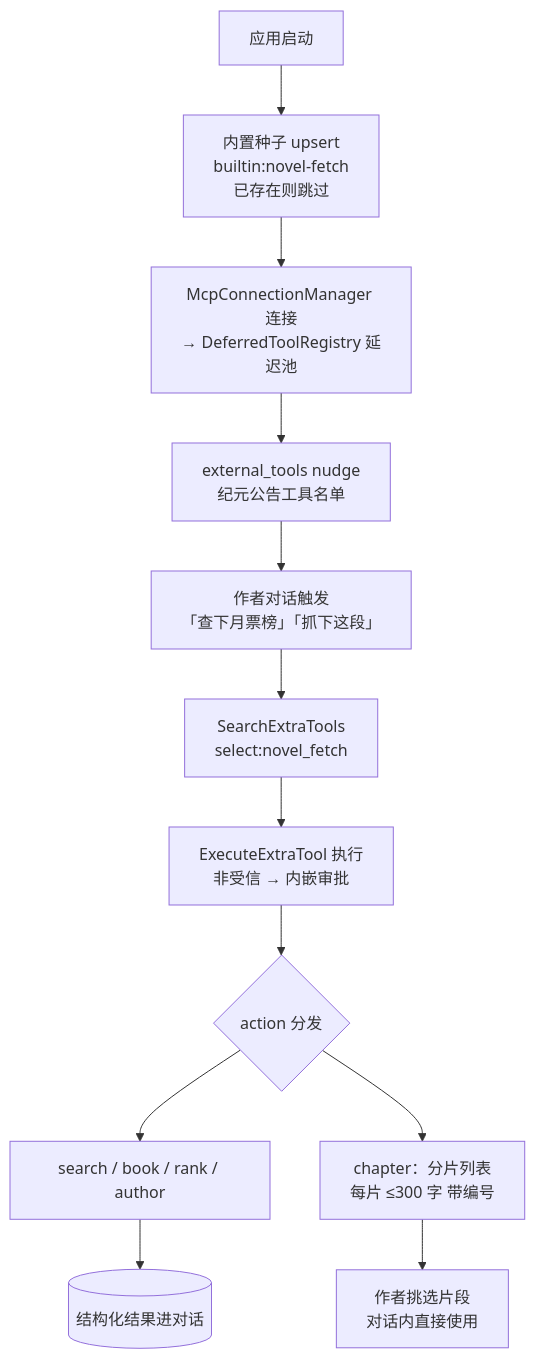
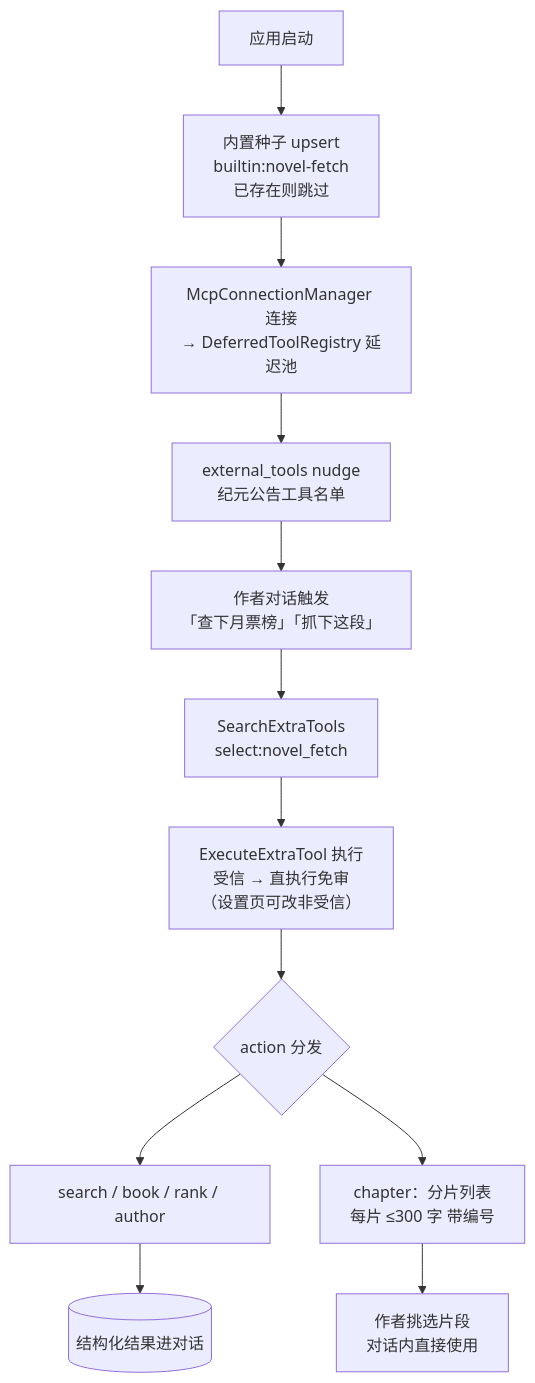
Before and after one commit to fanghuarunbalala/nova-writing: the diagram in docs/PRD/novel-fetch-外部工具.md, drawn with Mermaid. The commit also changed other lines of this file and 1 other file, not shown here.

````diff
--- a/docs/PRD/novel-fetch-外部工具.md
+++ b/docs/PRD/novel-fetch-外部工具.md
@@ -61,14 +61,14 @@
 ```mermaid
 flowchart TD
     A[应用启动] --> B[内置种子 upsert<br/>builtin:novel-fetch<br/>已存在则跳过]
     B --> C[McpConnectionManager 连接<br/>→ DeferredToolRegistry 延迟池]
     C --> D[external_tools nudge<br/>纪元公告工具名单]
     D --> E[作者对话触发<br/>「查下月票榜」「抓下这段」]
     E --> F[SearchExtraTools<br/>select:novel_fetch]
-    F --> G[ExecuteExtraTool 执行<br/>非受信 → 内嵌审批]
+    F --> G[ExecuteExtraTool 执行<br/>受信 → 直执行免审<br/>（设置页可改非受信）]
     G --> H{action 分发}
     H --> I[search / book / rank / author]
     H --> J[chapter：分片列表<br/>每片 ≤300 字 带编号]
     I --> K[(结构化结果进对话)]
     J --> L[作者挑选片段<br/>对话内直接使用]
 ```
````
